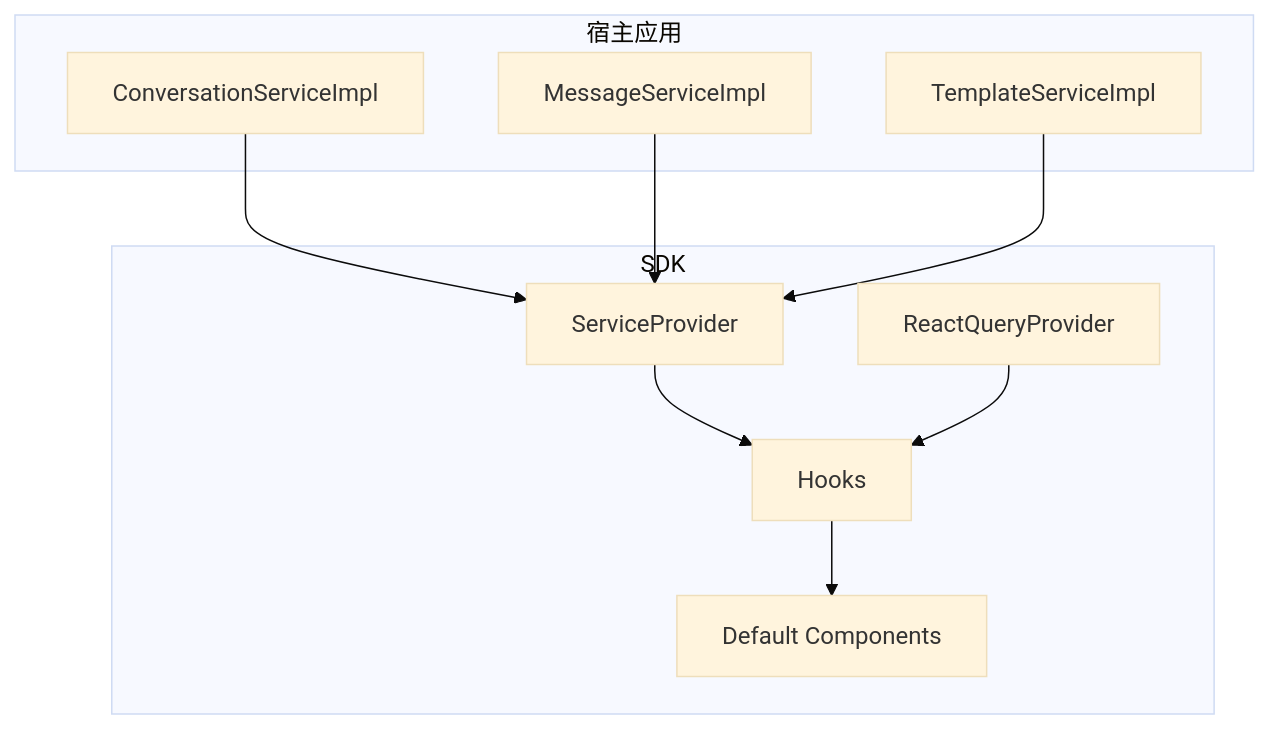
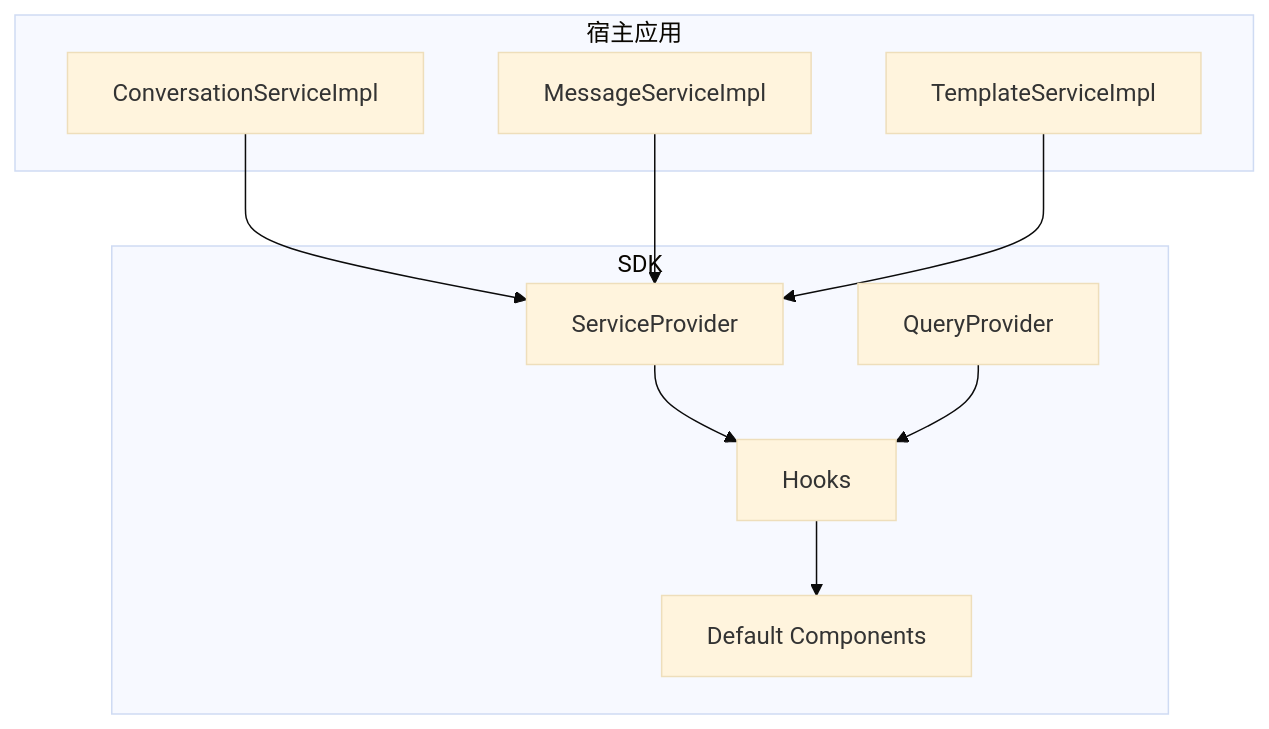
Before and after one commit to givingwu/bifrost-chat: the first of 3 diagrams in docs/architecture-diagrams.md, drawn with Mermaid (base theme). The commit also changed 6 other files, not shown here.

First line of the commit message:
docs: update references to use QueryProvider instead of ReactQueryProvider

````diff
--- a/docs/architecture-diagrams.md
+++ b/docs/architecture-diagrams.md
@@ -5,22 +5,22 @@
 ```mermaid
 graph TB
   subgraph Host[宿主应用]
     C1[ConversationServiceImpl]
     C2[MessageServiceImpl]
     C3[TemplateServiceImpl]
   end
 
   subgraph SDK[SDK]
     P1[ServiceProvider]
-    P2[ReactQueryProvider]
+    P2[QueryProvider]
     H[Hooks]
     U[Default Components]
   end
 
   C1 --> P1
   C2 --> P1
   C3 --> P1
   P1 --> H
   P2 --> H
   H --> U
 ```
````
